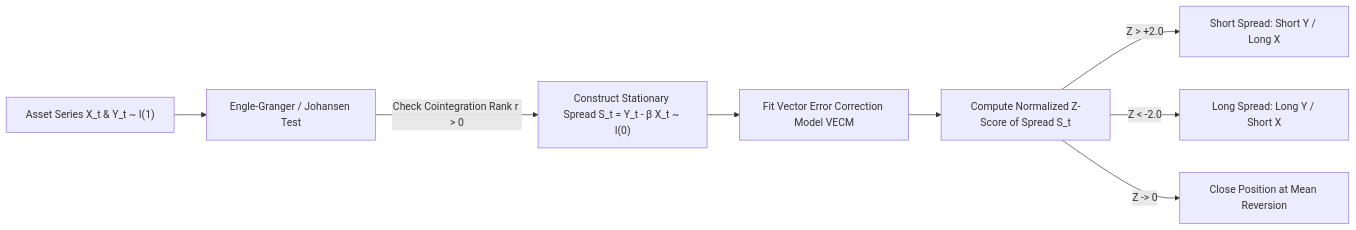
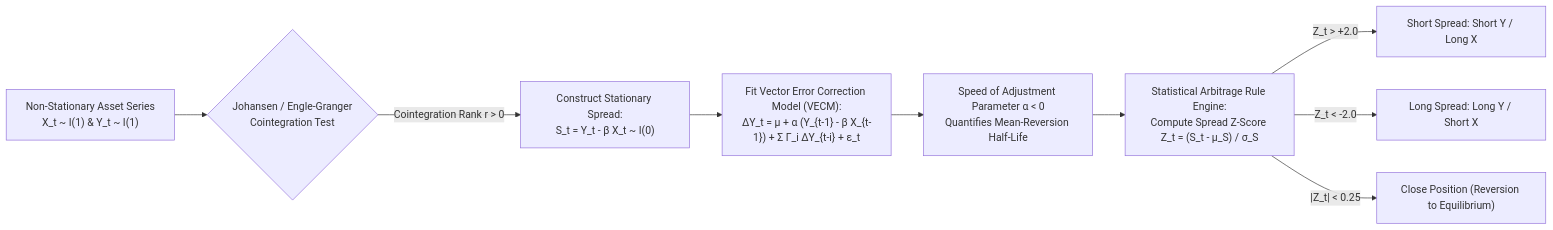
One commit to eggieinquant/wqu changed the fourth of 4 diagrams in 04_financial_econometrics/README.md. Above: the diagram before and after it, drawn with Mermaid. The commit also changed other lines of this file and 6 other files, not shown here.

Commit message:
docs: overhaul and standardize READMEs across all MScFE modules (01-08) with Mermaid architectures, LaTeX formulas, and complete lesson mappings

````diff
--- a/04_financial_econometrics/README.md
+++ b/04_financial_econometrics/README.md
@@ -36,10 +86,16 @@
 ```mermaid
 flowchart LR
-    A["Asset Series X_t & Y_t ~ I(1)"] --> B["Engle-Granger / Johansen Test"]
-    B -->|"Check Cointegration Rank r > 0"| C["Construct Stationary Spread S_t = Y_t - β X_t ~ I(0)"]
-    C --> D["Fit Vector Error Correction Model VECM"]
-    D --> E["Compute Normalized Z-Score of Spread S_t"]
-    E -->|"Z > +2.0"| Short["Short Spread: Short Y / Long X"]
-    E -->|"Z < -2.0"| Long["Long Spread: Long Y / Short X"]
-    E -->|"Z -> 0"| Close["Close Position at Mean Reversion"]
+    Series["Non-Stationary Asset Series<br/>X_t ~ I(1) & Y_t ~ I(1)"] --> CointTest{"Johansen / Engle-Granger<br/>Cointegration Test"}
+    
+    CointTest -->|"Cointegration Rank r > 0"| Spread["Construct Stationary Spread:<br/>S_t = Y_t - β X_t ~ I(0)"]
+    
+    Spread --> VECM["Fit Vector Error Correction Model (VECM):<br/>ΔY_t = μ + α (Y_{t-1} - β X_{t-1}) + Σ Γ_i ΔY_{t-i} + ε_t"]
+    
+    VECM --> Speed["Speed of Adjustment Parameter α < 0<br/>Quantifies Mean-Reversion Half-Life"]
+    
+    Speed --> TradingEngine["Statistical Arbitrage Rule Engine:<br/>Compute Spread Z-Score Z_t = (S_t - μ_S) / σ_S"]
+    
+    TradingEngine -->|"Z_t > +2.0"| ShortSpread["Short Spread: Short Y / Long X"]
+    TradingEngine -->|"Z_t < -2.0"| LongSpread["Long Spread: Long Y / Short X"]
+    TradingEngine -->|"|Z_t| < 0.25"| ClosePos["Close Position (Reversion to Equilibrium)"]
 ```
````
